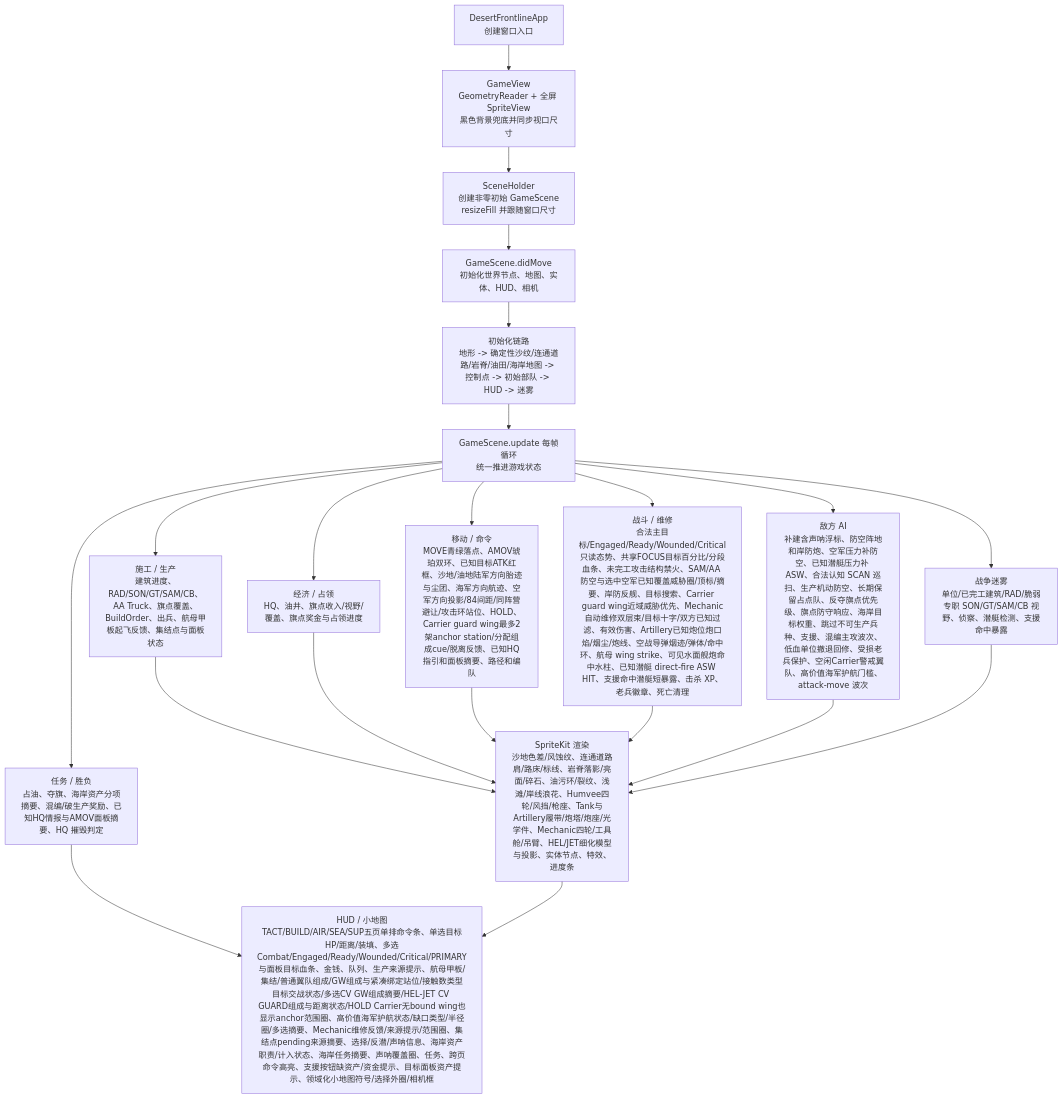
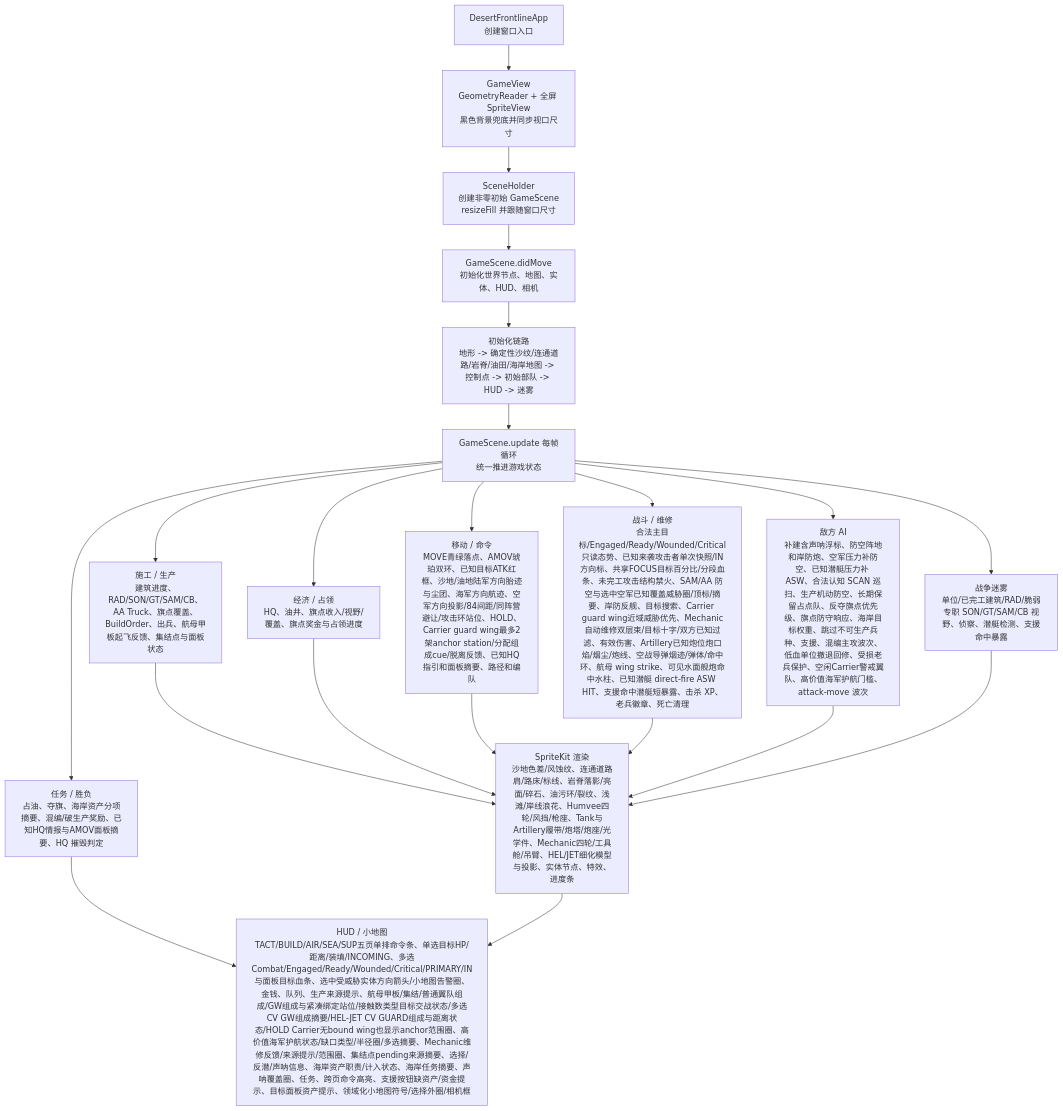
The first of 3 diagrams in md/flow/flowchart.md (Altman-sam114/1145), drawn with Mermaid before and after one commit. The commit also changed other lines of this file and 6 other files, not shown here.

````diff
--- a/md/flow/flowchart.md
+++ b/md/flow/flowchart.md
@@ -9,23 +9,23 @@
 ```mermaid
 flowchart TD
   App["DesertFrontlineApp\n创建窗口入口"] --> View["GameView\nGeometryReader + 全屏 SpriteView\n黑色背景兜底并同步视口尺寸"]
   View --> Holder["SceneHolder\n创建非零初始 GameScene\nresizeFill 并跟随窗口尺寸"]
   Holder --> Scene["GameScene.didMove\n初始化世界节点、地图、实体、HUD、相机"]
   Scene --> Init["初始化链路\n地形 -> 确定性沙纹/连通道路/岩脊/油田/海岸地图 -> 控制点 -> 初始部队 -> HUD -> 迷雾"]
   Init --> Loop["GameScene.update 每帧循环\n统一推进游戏状态"]
   Loop --> Build["施工 / 生产\n建筑进度、RAD/SON/GT/SAM/CB、AA Truck、旗点覆盖、BuildOrder、出兵、航母甲板起飞反馈、集结点与面板状态"]
   Loop --> Economy["经济 / 占领\nHQ、油井、旗点收入/视野/覆盖、旗点奖金与占领进度"]
   Loop --> Commands["移动 / 命令\nMOVE青绿落点、AMOV琥珀双环、已知目标ATK红框、沙地/油地陆军方向胎迹与尘团、海军方向航迹、空军方向投影/84间距/同阵营避让/攻击环站位、HOLD、Carrier guard wing最多2架anchor station/分配组成cue/脱离反馈、已知HQ指引和面板摘要、路径和编队"]
-  Loop --> Combat["战斗 / 维修\n合法主目标/Engaged/Ready/Wounded/Critical只读态势、共享FOCUS目标百分比/分段血条、未完工攻击结构禁火、SAM/AA 防空与选中空军已知覆盖威胁圈/顶标/摘要、岸防反舰、目标搜索、Carrier guard wing近域威胁优先、Mechanic自动维修双层束/目标十字/双方已知过滤、有效伤害、Artillery已知炮位炮口焰/烟尘/炮线、空战导弹烟迹/弹体/命中环、航母 wing strike、可见水面舰炮命中水柱、已知潜艇 direct-fire ASW HIT、支援命中潜艇短暴露、击杀 XP、老兵徽章、死亡清理"]
+  Loop --> Combat["战斗 / 维修\n合法主目标/Engaged/Ready/Wounded/Critical只读态势、已知来袭攻击者单次快照/IN方向标、共享FOCUS目标百分比/分段血条、未完工攻击结构禁火、SAM/AA 防空与选中空军已知覆盖威胁圈/顶标/摘要、岸防反舰、目标搜索、Carrier guard wing近域威胁优先、Mechanic自动维修双层束/目标十字/双方已知过滤、有效伤害、Artillery已知炮位炮口焰/烟尘/炮线、空战导弹烟迹/弹体/命中环、航母 wing strike、可见水面舰炮命中水柱、已知潜艇 direct-fire ASW HIT、支援命中潜艇短暴露、击杀 XP、老兵徽章、死亡清理"]
   Loop --> AI["敌方 AI\n补建含声呐浮标、防空阵地和岸防炮、空军压力补防空、已知潜艇压力补 ASW、合法认知 SCAN 巡扫、生产机动防空、长期保留占点队、反夺旗点优先级、旗点防守响应、海岸目标权重、跳过不可生产兵种、支援、混编主攻波次、低血单位撤退回修、受损老兵保护、空闲Carrier警戒翼队、高价值海军护航门槛、attack-move 波次"]
   Loop --> Fog["战争迷雾\n单位/已完工建筑/RAD/脆弱专职 SON/GT/SAM/CB 视野、侦察、潜艇检测、支援命中暴露"]
   Loop --> Mission["任务 / 胜负\n占油、夺旗、海岸资产分项摘要、混编/破生产奖励、已知HQ情报与AMOV面板摘要、HQ 摧毁判定"]
   Build --> Render["SpriteKit 渲染\n沙地色差/风蚀纹、连通道路肩/路床/标线、岩脊落影/亮面/碎石、油污环/裂纹、浅滩/岸线浪花、Humvee四轮/风挡/枪座、Tank与Artillery履带/炮塔/炮座/光学件、Mechanic四轮/工具舱/吊臂、HEL/JET细化模型与投影、实体节点、特效、进度条"]
   Economy --> Render
   Commands --> Render
   Combat --> Render
   AI --> Render
   Fog --> Render
-  Mission --> HUD["HUD / 小地图\nTACT/BUILD/AIR/SEA/SUP五页单排命令条、单选目标HP/距离/装填、多选Combat/Engaged/Ready/Wounded/Critical/PRIMARY与面板目标血条、金钱、队列、生产来源提示、航母甲板/集结/普通翼队组成/GW组成与紧凑绑定站位/接触数类型目标交战状态/多选CV GW组成摘要/HEL-JET CV GUARD组成与距离状态/HOLD Carrier无bound wing也显示anchor范围圈、高价值海军护航状态/缺口类型/半径圈/多选摘要、Mechanic维修反馈/来源提示/范围圈、集结点pending来源摘要、选择/反潜/声呐信息、海岸资产职责/计入状态、海岸任务摘要、声呐覆盖圈、任务、跨页命令高亮、支援按钮缺资产/资金提示、目标面板资产提示、领域化小地图符号/选择外圈/相机框"]
+  Mission --> HUD["HUD / 小地图\nTACT/BUILD/AIR/SEA/SUP五页单排命令条、单选目标HP/距离/装填/INCOMING、多选Combat/Engaged/Ready/Wounded/Critical/PRIMARY/IN与面板目标血条、选中受威胁实体方向箭头/小地图告警圈、金钱、队列、生产来源提示、航母甲板/集结/普通翼队组成/GW组成与紧凑绑定站位/接触数类型目标交战状态/多选CV GW组成摘要/HEL-JET CV GUARD组成与距离状态/HOLD Carrier无bound wing也显示anchor范围圈、高价值海军护航状态/缺口类型/半径圈/多选摘要、Mechanic维修反馈/来源提示/范围圈、集结点pending来源摘要、选择/反潜/声呐信息、海岸资产职责/计入状态、海岸任务摘要、声呐覆盖圈、任务、跨页命令高亮、支援按钮缺资产/资金提示、目标面板资产提示、领域化小地图符号/选择外圈/相机框"]
   Render --> HUD
 ```
````
